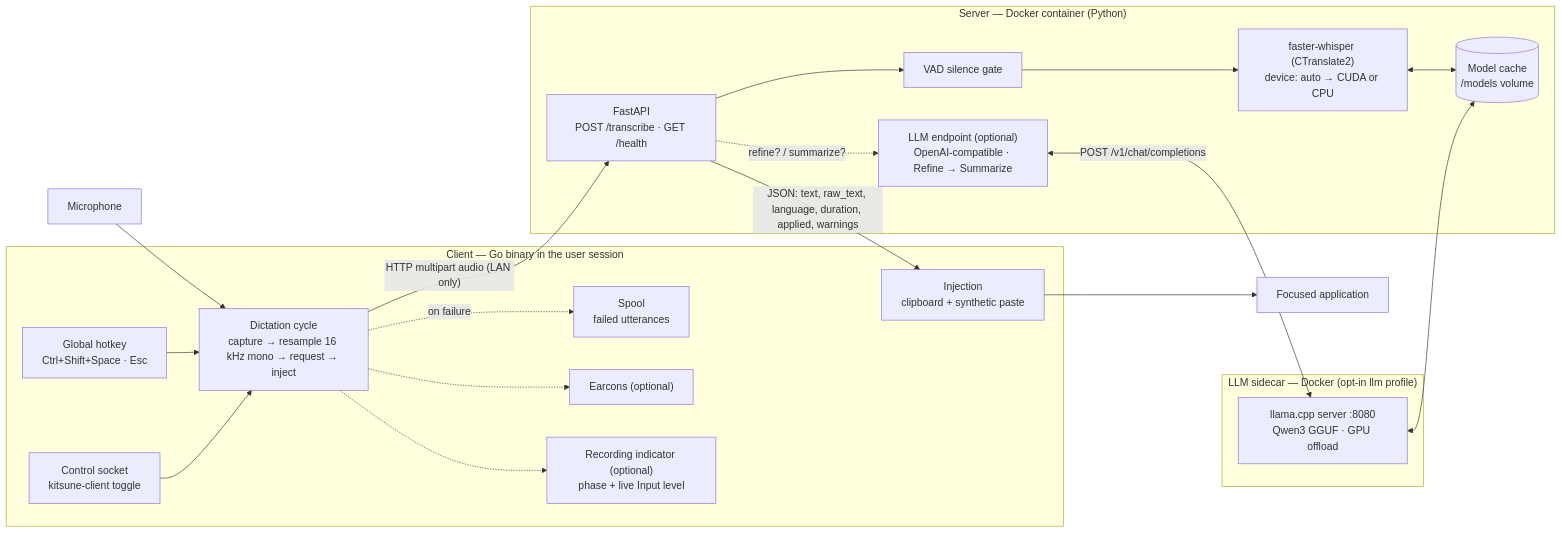
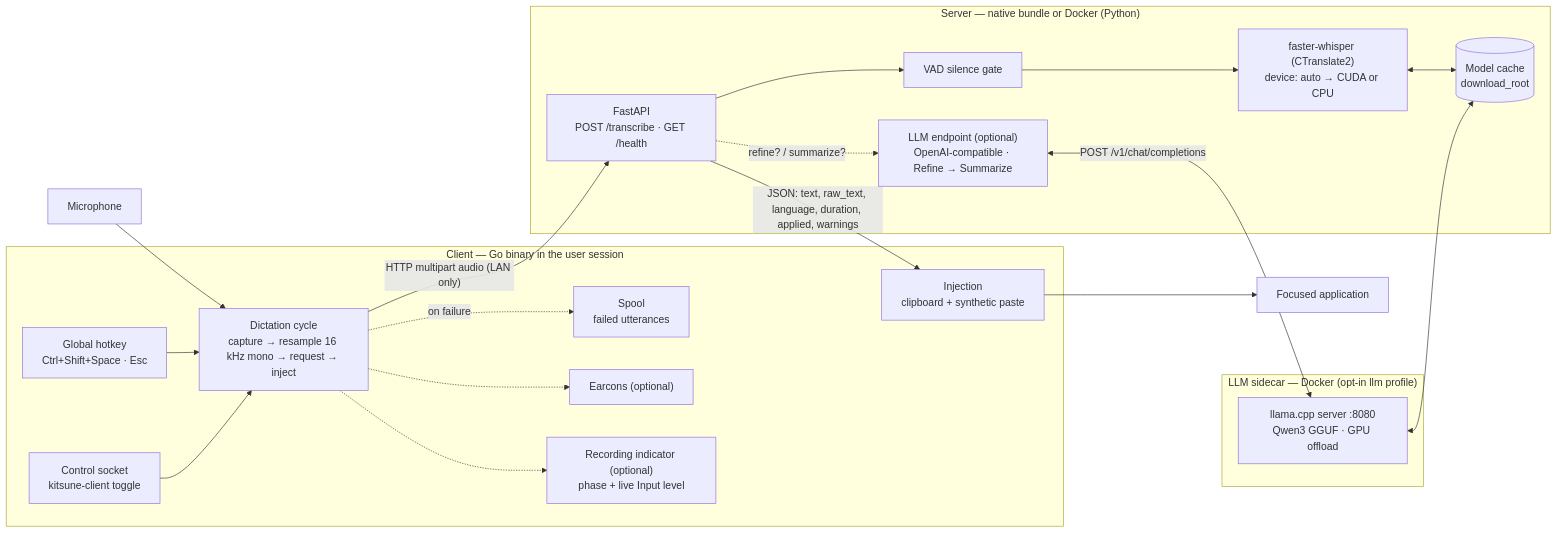
Before and after one commit to FoxRed-cmd/kitsune-whisper: the first of 2 diagrams in README.md, drawn with Mermaid. The commit also changed other lines of this file and 281 other files, not shown here.

````diff
--- a/README.md
+++ b/README.md
@@ -57,42 +61,42 @@
 ```mermaid
 flowchart LR
     subgraph client["Client — Go binary in the user session"]
         hotkey["Global hotkey<br/>Ctrl+Shift+Space · Esc"]
         ctl["Control socket<br/>kitsune-client toggle"]
         cycle["Dictation cycle<br/>capture → resample 16 kHz mono → request → inject"]
         inject["Injection<br/>clipboard + synthetic paste"]
         spool["Spool<br/>failed utterances"]
         earcon["Earcons (optional)"]
         indicator["Recording indicator (optional)<br/>phase + live Input level"]
     end
 
     mic["Microphone"]
     app["Focused application"]
 
-    subgraph server["Server — Docker container (Python)"]
+    subgraph server["Server — native bundle or Docker (Python)"]
         api["FastAPI<br/>POST /transcribe · GET /health"]
         vad["VAD silence gate"]
         engine["faster-whisper (CTranslate2)<br/>device: auto → CUDA or CPU"]
         proc["LLM endpoint (optional)<br/>OpenAI-compatible · Refine → Summarize"]
-        models[("Model cache<br/>/models volume")]
+        models[("Model cache<br/>download_root")]
     end
 
     subgraph sidecar["LLM sidecar — Docker (opt-in llm profile)"]
         llama["llama.cpp server :8080<br/>Qwen3 GGUF · GPU offload"]
     end
 
     mic --> cycle
     hotkey --> cycle
     ctl --> cycle
     cycle -->|"HTTP multipart audio (LAN only)"| api
     api --> vad --> engine
     engine <--> models
     api -.->|"refine? / summarize?"| proc
     proc <-->|"POST /v1/chat/completions"| llama
     llama <--> models
     api -->|"JSON: text, raw_text, language, duration, applied, warnings"| inject
     inject --> app
     cycle -.->|on failure| spool
     cycle -.-> earcon
     cycle -.-> indicator
 ```
````
